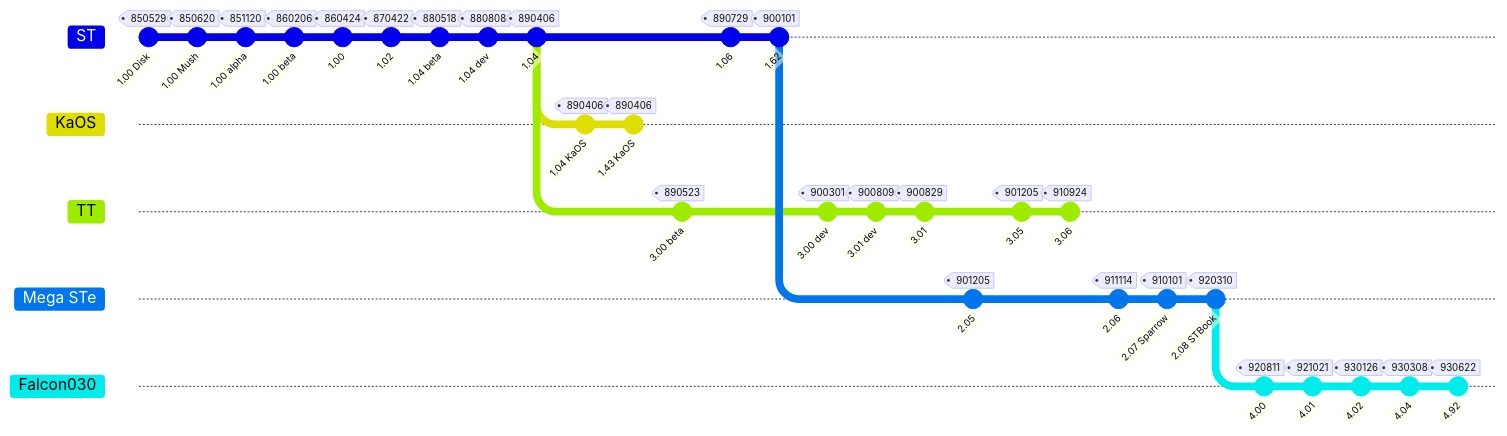
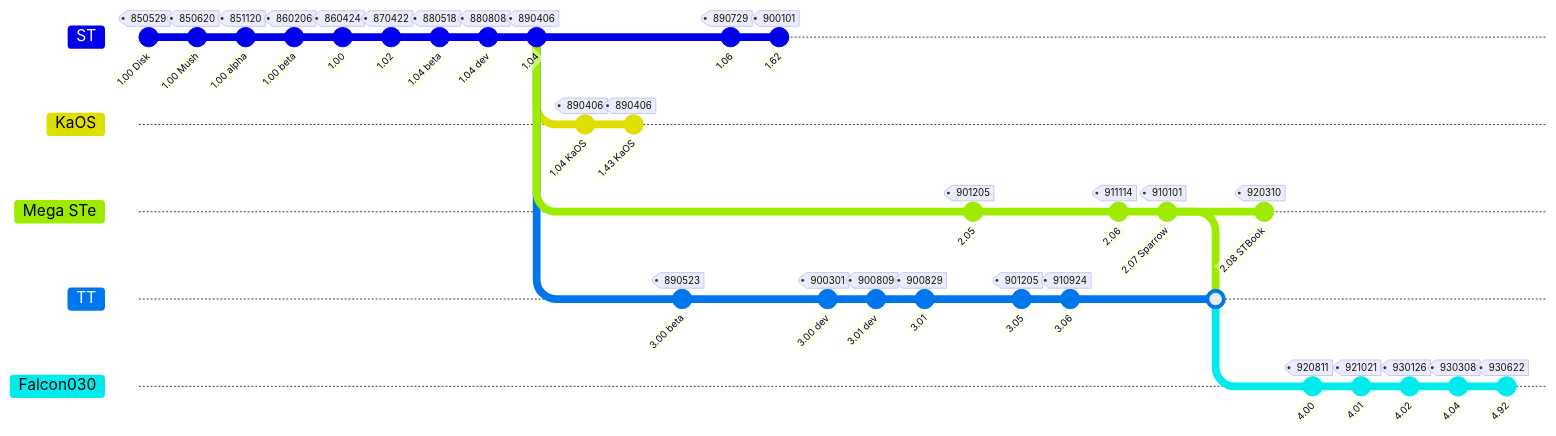
One commit to Kochise/atari-emu changed the diagram in ROMS/README.md. Above: the diagram before and after it, drawn with Mermaid. The commit also changed other lines of this file, not shown here.

Commit message:
Update ROMS' README.md

````diff
--- a/ROMS/README.md
+++ b/ROMS/README.md
@@ -41,42 +41,52 @@
 ```mermaid
 %%{ init: { 'gitGraph': { 'mainBranchName': 'ST' }}}%%
 gitGraph
 	commit id: "1.00 Disk" tag: "850529"
 	commit id: "1.00 Mush" tag: "850620"
 	commit id: "1.00 alpha" tag: "851120"
 	commit id: "1.00 beta" tag: "860206"
 	commit id: "1.00" tag: "860424"
 	commit id: "1.02" tag: "870422"
 	commit id: "1.04 beta" tag: "880518"
 	commit id: "1.04 dev" tag: "880808"
 	commit id: "1.04" tag: "890406"
 	branch KaOS
+	checkout ST
+	branch "Mega STe"
+	checkout ST
+	branch TT
+	checkout ST
+	checkout KaOS
 	commit id: "1.04 KaOS" tag: "890406"
 	commit id: "1.43 KaOS" tag: "890406"
 	checkout ST
-	branch TT
+	checkout TT
 	commit id: "3.00 beta" tag: "890523"
 	checkout ST
 	commit id: "1.06" tag: "890729"
 	commit id: "1.62" tag: "900101"
 	checkout TT
 	commit id: "3.00 dev" tag: "900301"
 	commit id: "3.01 dev" tag: "900809"
 	commit id: "3.01" tag: "900829"
 	checkout ST
-	branch "Mega STe"
+	checkout "Mega STe"
 	commit id: "2.05" tag: "901205"
 	checkout TT
 	commit id: "3.05" tag: "901205"
 	commit id: "3.06" tag: "910924"
 	checkout "Mega STe"
 	commit id: "2.06" tag: "911114"
 	commit id: "2.07 Sparrow" tag: "910101"
+	checkout TT
+	merge "Mega STe"
+	branch Falcon030
+	checkout "Mega STe"
 	commit id: "2.08 STBook" tag: "920310"
-	branch Falcon030
+	checkout Falcon030
 	commit id: "4.00" tag: "920811"
 	commit id: "4.01" tag: "921021"
 	commit id: "4.02" tag: "930126"
 	commit id: "4.04" tag: "930308"
 	commit id: "4.92" tag: "930622"
 ```
````
